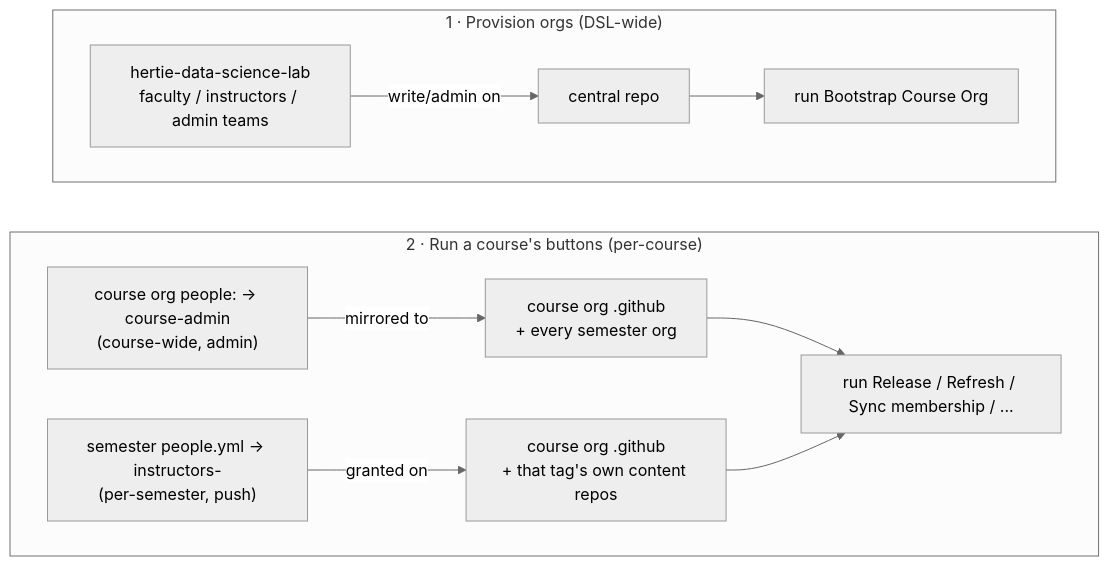
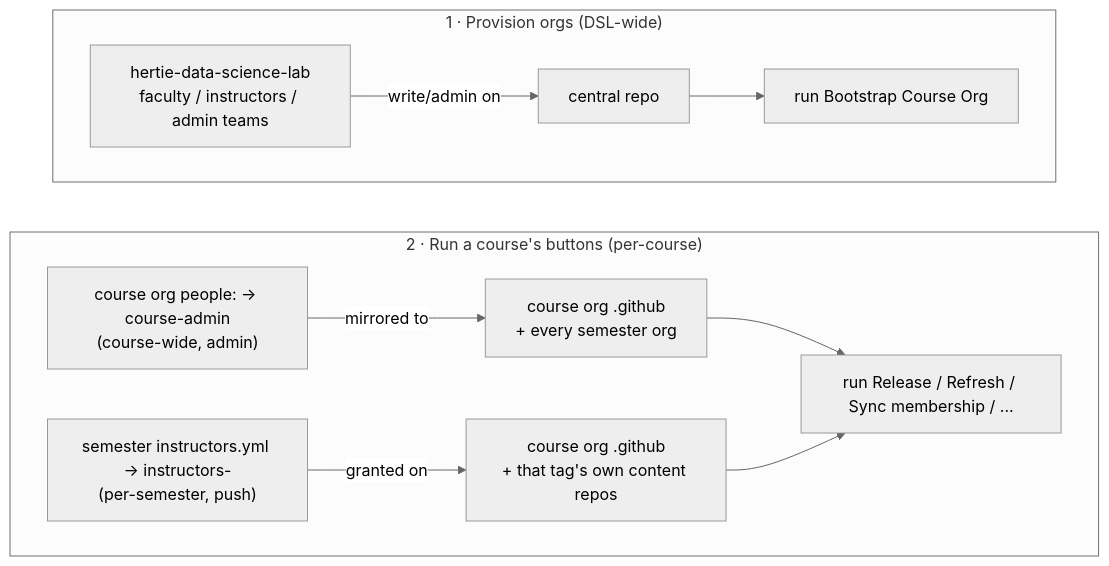
The third of 10 diagrams in docs-admin-arch/architecture.md (hertie-data-science-lab/dsl-teaching-toolkit), drawn with Mermaid (neutral theme) before and after one commit. The commit also changed other lines of this file and 81 other files, not shown here.

First line of the commit message:
refactor(names): declare a semester's instructors in instructors.yml

````diff
--- a/docs-admin-arch/architecture.md
+++ b/docs-admin-arch/architecture.md
@@ -145,18 +145,18 @@
 ```mermaid
 flowchart TD
   subgraph prov["1 · Provision orgs (DSL-wide)"]
     ct["`hertie-data-science-lab
 faculty / instructors / admin teams`"] -->|"write/admin on"| cr["central repo"] --> ba["run Bootstrap Course Org"]
   end
   subgraph run["2 · Run a course's buttons (per-course)"]
     ca["`course org people: → course-admin
 (course-wide, admin)`"] -->|"mirrored to"| gh["`course org .github
 + every semester org`"]
-    it["`semester people.yml → instructors-<tag>
+    it["`semester instructors.yml → instructors-<tag>
 (per-semester, push)`"] -->|"granted on"| ghtag["`course org .github
 + that tag's own content repos`"]
     gh --> rb["run Release / Refresh / Sync membership / ..."]
     ghtag --> rb
   end
   prov ~~~ run
 ```
````
